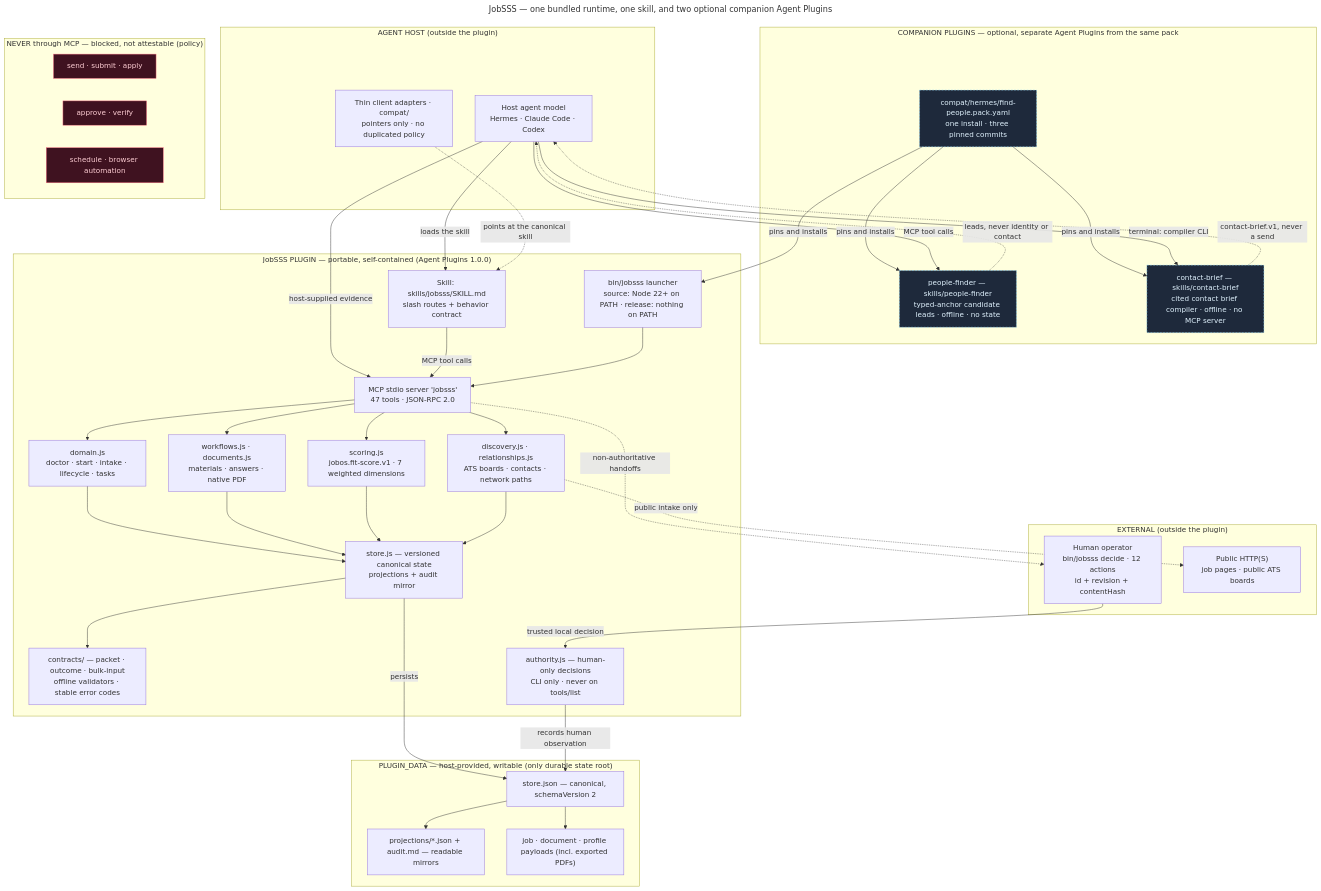
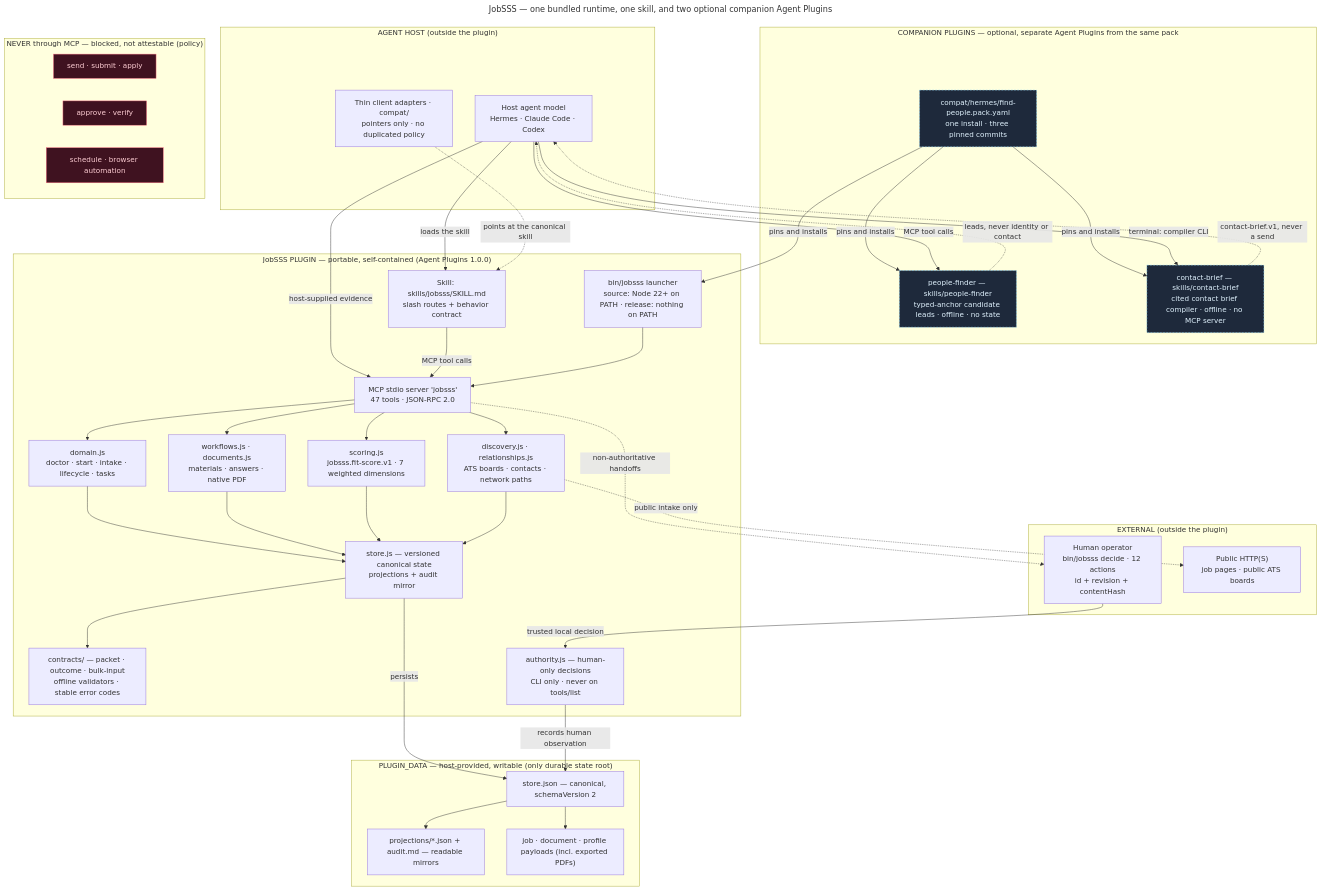
One commit to lpbangun/jobsss changed the diagram in docs/jobsss-architecture.mmd. Above: the diagram before and after it, drawn with Mermaid. The commit also changed 50 other files, not shown here.

```diff
--- a/docs/jobsss-architecture.mmd
+++ b/docs/jobsss-architecture.mmd
@@ -1,75 +1,75 @@
 ---
 title: "JobSSS — one bundled runtime, one skill, and two optional companion Agent Plugins"
 ---
 flowchart TB
   subgraph HOST["AGENT HOST (outside the plugin)"]
     Agent["Host agent model<br/>Hermes · Claude Code · Codex"]
     Adapters["Thin client adapters · compat/<br/>pointers only · no duplicated policy"]
   end
 
   subgraph COMPANIONS["COMPANION PLUGINS — optional, separate Agent Plugins from the same pack"]
     Pack["compat/hermes/find-people.pack.yaml<br/>one install · three pinned commits"]
     PF["people-finder — skills/people-finder<br/>typed-anchor candidate leads · offline · no state"]
     CB["contact-brief — skills/contact-brief<br/>cited contact brief compiler · offline · no MCP server"]
   end
 
   subgraph PLUGIN["JobSSS PLUGIN — portable, self-contained (Agent Plugins 1.0.0)"]
     Skill["Skill: skills/jobsss/SKILL.md<br/>slash routes + behavior contract"]
     Launcher["bin/jobsss launcher<br/>source: Node 22+ on PATH · release: nothing on PATH"]
     MCP["MCP stdio server 'jobsss'<br/>47 tools · JSON-RPC 2.0"]
     D1["domain.js<br/>doctor · start · intake · lifecycle · tasks"]
     D2["workflows.js · documents.js<br/>materials · answers · native PDF"]
-    D3["scoring.js<br/>jobos.fit-score.v1 · 7 weighted dimensions"]
+    D3["scoring.js<br/>jobsss.fit-score.v1 · 7 weighted dimensions"]
     D4["discovery.js · relationships.js<br/>ATS boards · contacts · network paths"]
     Store["store.js — versioned canonical state<br/>projections + audit mirror"]
     Contracts["contracts/ — packet · outcome · bulk-input<br/>offline validators · stable error codes"]
     Authority["authority.js — human-only decisions<br/>CLI only · never on tools/list"]
   end
 
   subgraph DATA["PLUGIN_DATA — host-provided, writable (only durable state root)"]
     S1["store.json — canonical, schemaVersion 2"]
     S2["projections/*.json + audit.md — readable mirrors"]
     S3["job · document · profile payloads (incl. exported PDFs)"]
   end
 
   subgraph EXT["EXTERNAL (outside the plugin)"]
     Human["Human operator<br/>bin/jobsss decide · 12 actions<br/>id + revision + contentHash"]
     Public["Public HTTP(S)<br/>job pages · public ATS boards"]
   end
 
   subgraph NEVER["NEVER through MCP — blocked, not attestable (policy)"]
     N1["send · submit · apply"]
     N2["approve · verify"]
     N3["schedule · browser automation"]
   end
 
   Agent -->|"loads the skill"| Skill
   Adapters -.->|"points at the canonical skill"| Skill
   Pack -->|"pins and installs"| Launcher
   Pack -->|"pins and installs"| PF
   Pack -->|"pins and installs"| CB
   Agent -->|"MCP tool calls"| PF
   Agent -->|"terminal: compiler CLI"| CB
   Agent -->|"host-supplied evidence"| MCP
   Skill -->|"MCP tool calls"| MCP
   Launcher --> MCP
   MCP --> D1 & D2 & D3 & D4
   D1 --> Store
   D2 --> Store
   D3 --> Store
   D4 --> Store
   D4 -.->|"public intake only"| Public
   Store -->|"persists"| S1
   S1 --> S2
   S1 --> S3
   Store --> Contracts
   MCP -.->|"non-authoritative handoffs"| Human
   Human -->|"trusted local decision"| Authority
   Authority -->|"records human observation"| S1
   PF -.->|"leads, never identity or contact"| Agent
   CB -.->|"contact-brief.v1, never a send"| Agent
 
   classDef blocked fill:#3f1220,stroke:#fb7185,color:#fecdd3;
   classDef companion fill:#1e293b,stroke:#7dd3fc,color:#e0f2fe,stroke-dasharray:4 3;
   class N1,N2,N3 blocked;
   class Pack,PF,CB companion;
```
